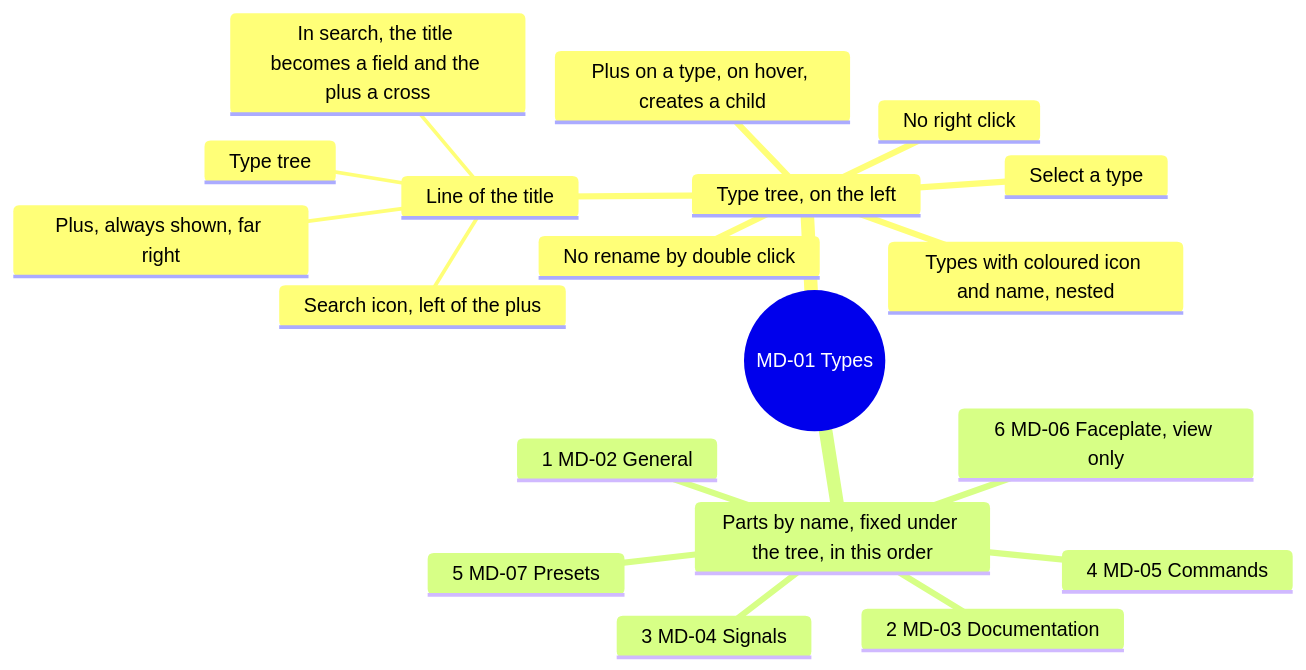
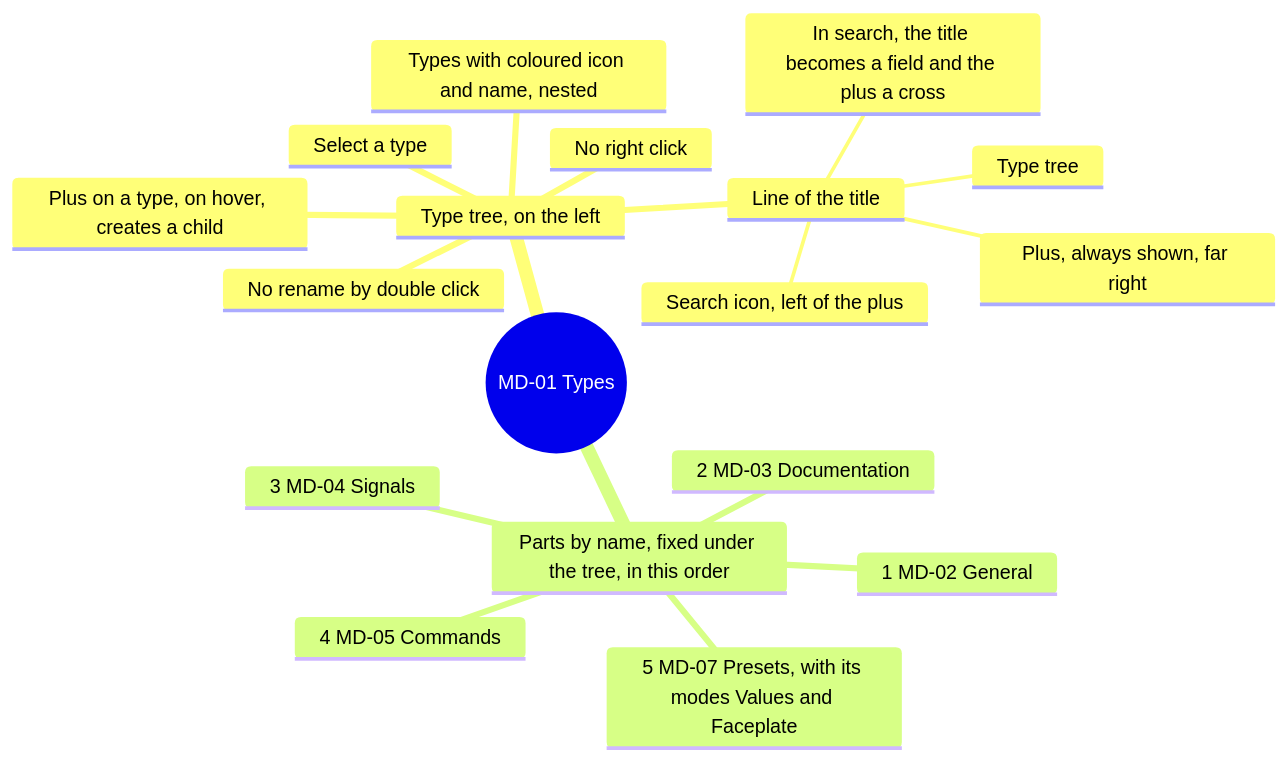
One commit to AlexandreGallais/synoptic-studio-spec changed the second of 15 diagrams in screens/metadata.md. Above: the diagram before and after it, drawn with Mermaid. The commit also changed other lines of this file and 12 other files, not shown here.

````diff
--- a/screens/metadata.md
+++ b/screens/metadata.md
@@ -40,22 +40,21 @@
 ```mermaid
 mindmap
   root((MD-01 Types))
     Type tree, on the left
       Line of the title
         Type tree
         Search icon, left of the plus
         Plus, always shown, far right
         In search, the title becomes a field and the plus a cross
       Types with coloured icon and name, nested
       Plus on a type, on hover, creates a child
       Select a type
       No right click
       No rename by double click
     Parts by name, fixed under the tree, in this order
       1 MD-02 General
       2 MD-03 Documentation
       3 MD-04 Signals
       4 MD-05 Commands
-      5 MD-07 Presets
-      6 MD-06 Faceplate, view only
+      5 MD-07 Presets, with its modes Values and Faceplate
 ```
````
